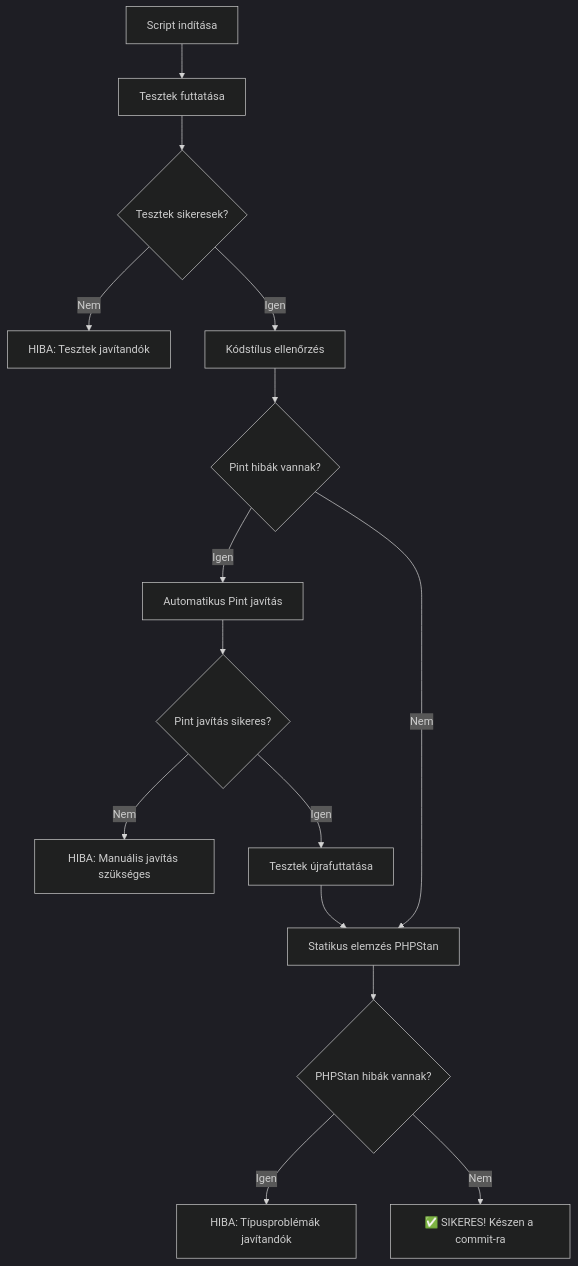
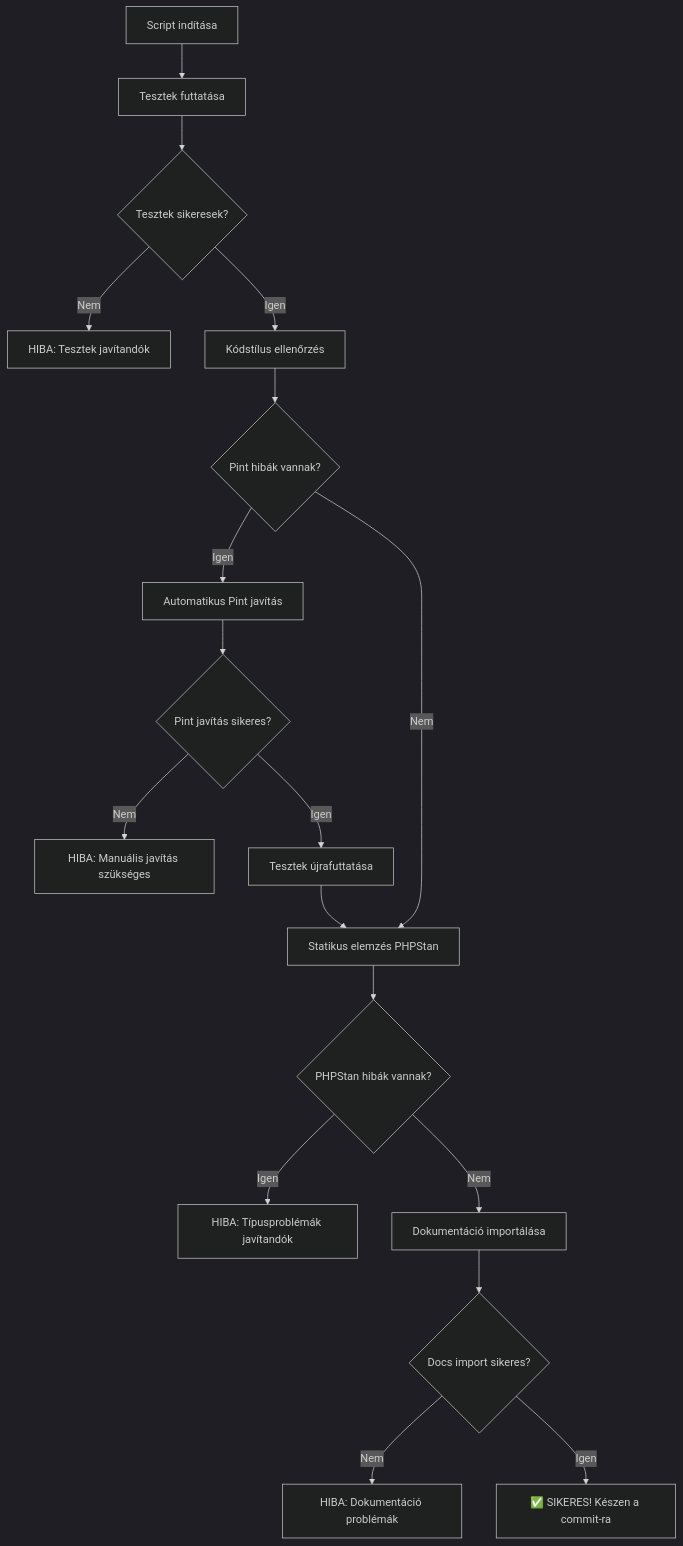
One commit to TGaben/boilerplate changed the diagram in docs/troubleshooting/quality-check.md. Above: the diagram before and after it, drawn with Mermaid (dark theme). The commit also changed other lines of this file and 2 other files, not shown here.

````diff
--- a/docs/troubleshooting/quality-check.md
+++ b/docs/troubleshooting/quality-check.md
@@ -43,17 +47,20 @@
 ```mermaid
 graph TD
     A[Script indítása] --> B[Tesztek futtatása]
     B --> C{Tesztek sikeresek?}
     C -->|Nem| D[HIBA: Tesztek javítandók]
     C -->|Igen| E[Kódstílus ellenőrzés]
     E --> F{Pint hibák vannak?}
     F -->|Igen| G[Automatikus Pint javítás]
     F -->|Nem| H[Statikus elemzés PHPStan]
     G --> I{Pint javítás sikeres?}
     I -->|Nem| J[HIBA: Manuális javítás szükséges]
     I -->|Igen| K[Tesztek újrafuttatása]
     K --> H
     H --> L{PHPStan hibák vannak?}
     L -->|Igen| M[HIBA: Típusproblémák javítandók]
-    L -->|Nem| N[✅ SIKERES! Készen a commit-ra]
+    L -->|Nem| O[Dokumentáció importálása]
+    O --> P{Docs import sikeres?}
+    P -->|Nem| Q[HIBA: Dokumentáció problémák]
+    P -->|Igen| N[✅ SIKERES! Készen a commit-ra]
 ```
````
